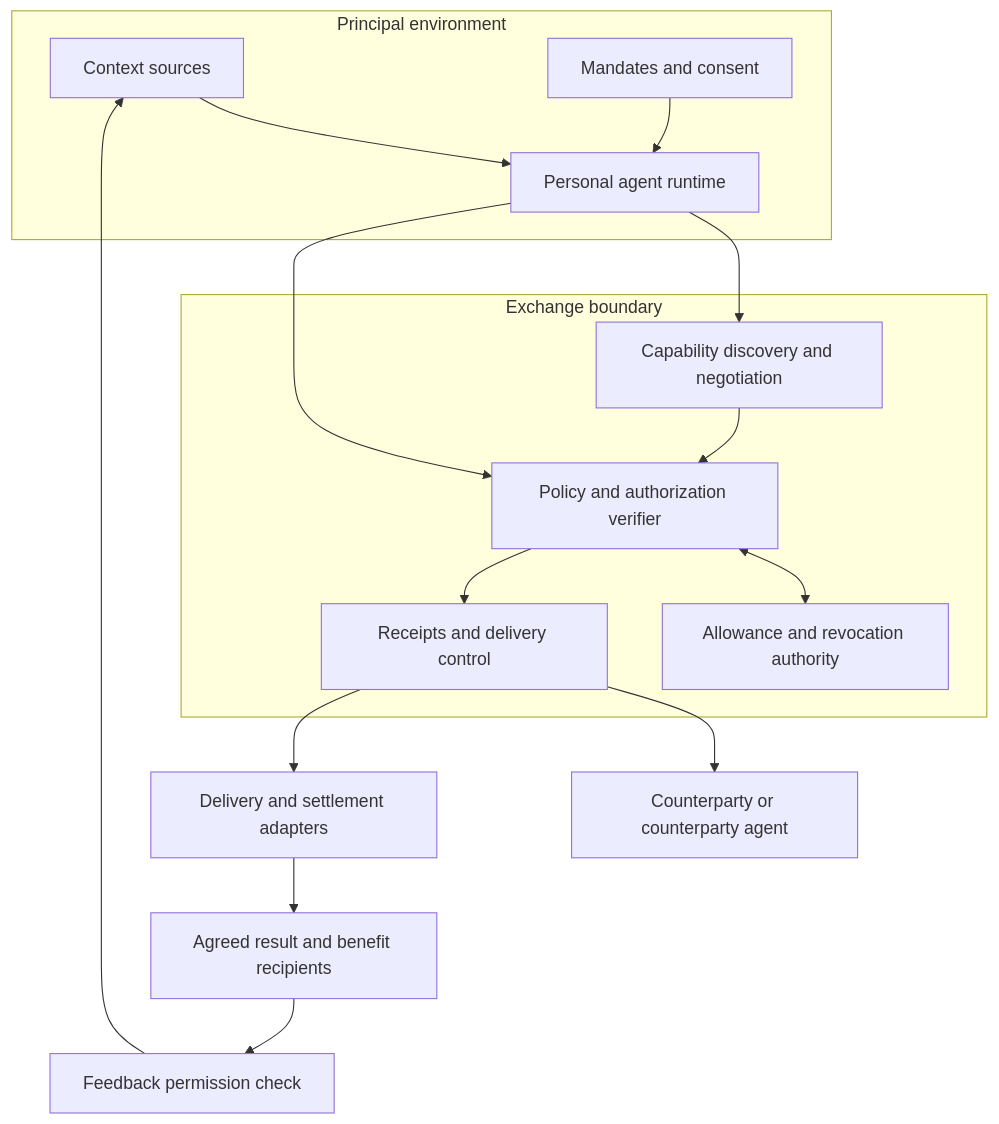
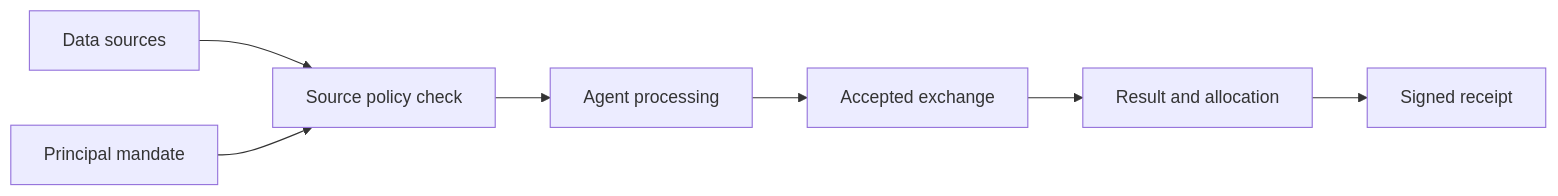
Before and after one commit to Agent-SDP404/sdp-protocol: the first of 2 diagrams in docs/architecture.md, drawn with Mermaid. The commit also changed other lines of this file and 47 other files, not shown here.

Commit message:
Release AGENT-SDP404 2.0: source-aware exchange and executable reference alpha

````diff
--- a/docs/architecture.md
+++ b/docs/architecture.md
@@ -5,26 +5,9 @@
 ```mermaid
-flowchart TB
-    subgraph Personal[Principal environment]
-      C[Context sources]
-      G[Mandates and consent]
-      A[Personal agent runtime]
-      C --> A
-      G --> A
-    end
-    subgraph Exchange[Exchange boundary]
-      P[Policy and authorization verifier]
-      N[Capability discovery and negotiation]
-      L[Allowance and revocation authority]
-      R[Receipts and delivery control]
-      P <--> L
-      N --> P
-      P --> R
-    end
-    A --> N
-    A --> P
-    R --> B[Counterparty or counterparty agent]
-    R --> D[Delivery and settlement adapters]
-    D --> O[Agreed result and benefit recipients]
-    O --> F[Feedback permission check]
-    F --> C
+flowchart LR
+  S[Data sources] --> C[Source policy check]
+  M[Principal mandate] --> C
+  C --> A[Agent processing]
+  A --> E[Accepted exchange]
+  E --> O[Result and allocation]
+  O --> R[Signed receipt]
 ```
````
